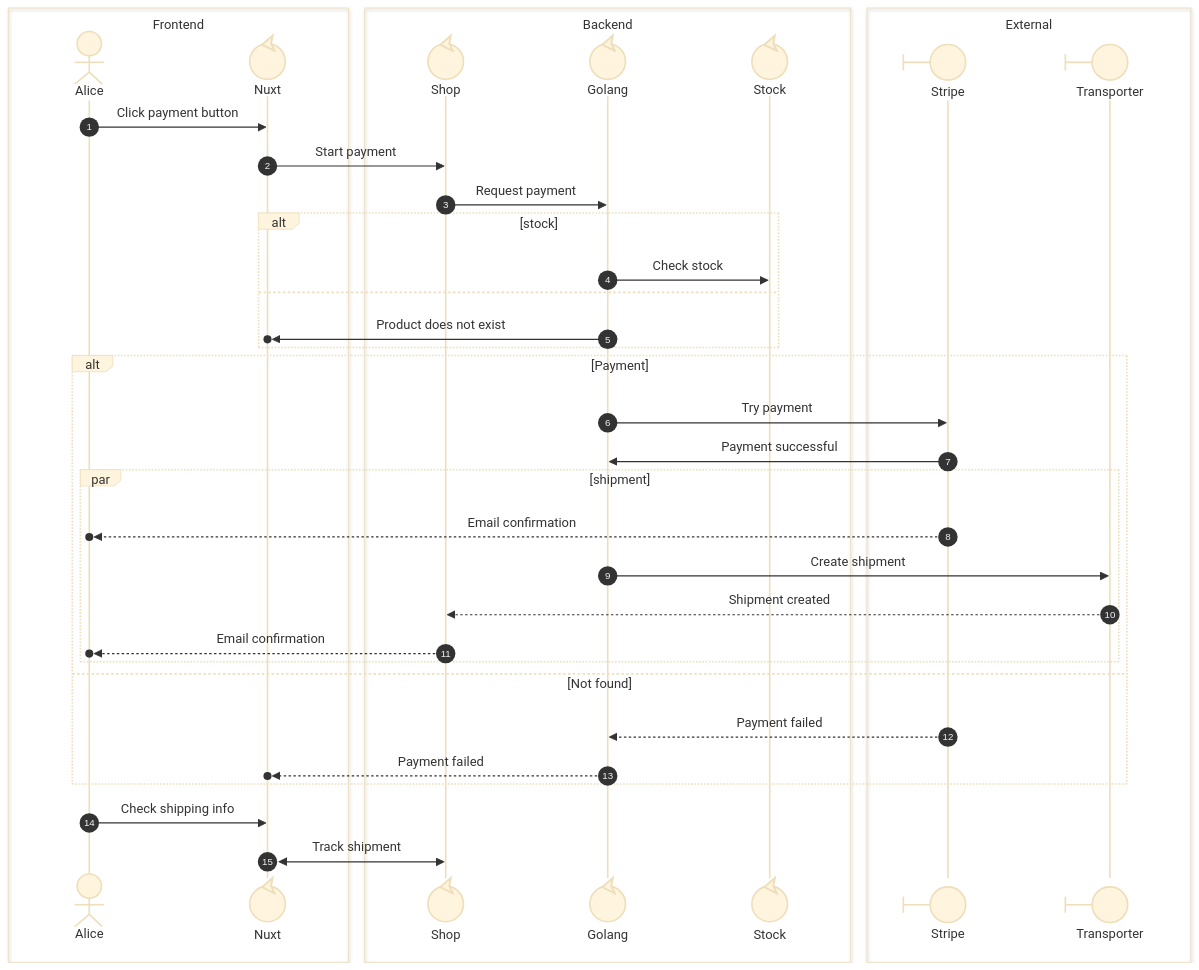
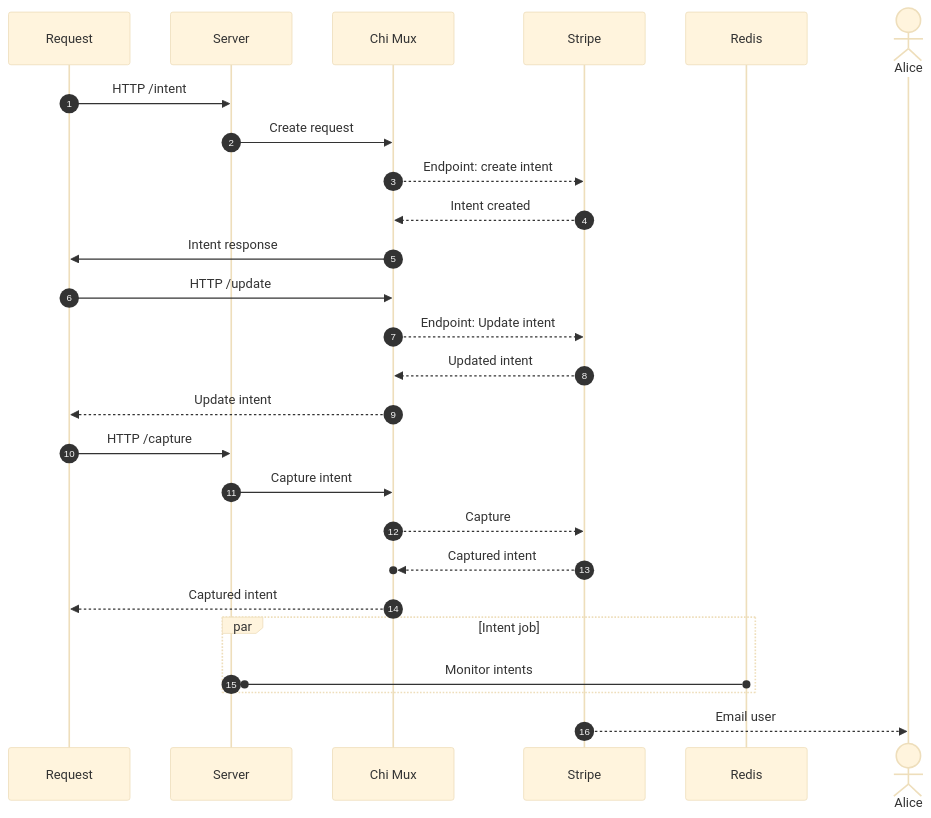
The second of 2 diagrams in services/gopurchase/README.md (Zadigo/mycommerce), drawn with Mermaid (base theme) before and after one commit. The commit also changed other lines of this file and 2 other files, not shown here.

Commit message:
Refactor readme

````diff
--- a/services/gopurchase/README.md
+++ b/services/gopurchase/README.md
@@ -27,49 +44,37 @@
 ```mermaid
-%% Example of sequence diagram
 sequenceDiagram
 
 autonumber
 
-box Frontend
+participant R as Request
+participant S as Server
+participant C as Chi Mux
+participant ST as Stripe
+participant RE as Redis
+
 actor U as Alice
-participant N@{type: "control"} as Nuxt
+
+R ->> S: HTTP /intent
+
+S ->> C: Create request
+C -->> ST: Endpoint: create intent
+ST -->> C: Intent created
+C ->> R: Intent response
+
+R ->> C: HTTP /update
+C -->> ST: Endpoint: Update intent
+ST -->> C: Updated intent
+C -->> R: Update intent
+
+R ->> S: HTTP /capture
+S ->> C: Capture intent
+C -->> ST: Capture
+ST -->> ()C: Captured intent
+C -->> R: Captured intent
+
+par Intent job
+S() -> ()RE: Monitor intents
 end
 
-box Backend
-participant D@{type: "control"} as Shop
-participant G@{type: "control"} as Golang
-participant S@{type: "control"} as Stock
-end
-
-box External
-participant ST@{type: "boundary"} as Stripe
-participant SH@{type: "boundary"} as Transporter
-end
-
-U ->> N: Click payment button
-N ->> D: Start payment
-D ->> G: Request payment
-
-alt stock
-G ->> S: Check stock
-else
-G ->> ()N: Product does not exist
-end
-
-alt Payment
-G ->> ST: Try payment
-ST ->> G: Payment successful
-par shipment
-ST -->> ()U: Email confirmation
-G ->> SH: Create shipment
-SH -->> D: Shipment created
-D -->> ()U: Email confirmation
-end
-else Not found
-ST -->> G: Payment failed
-G -->> ()N: Payment failed
-end
-
-U ->> N: Check shipping info
-N <<->> D: Track shipment
+ST -->> U: Email user
 ```
````
